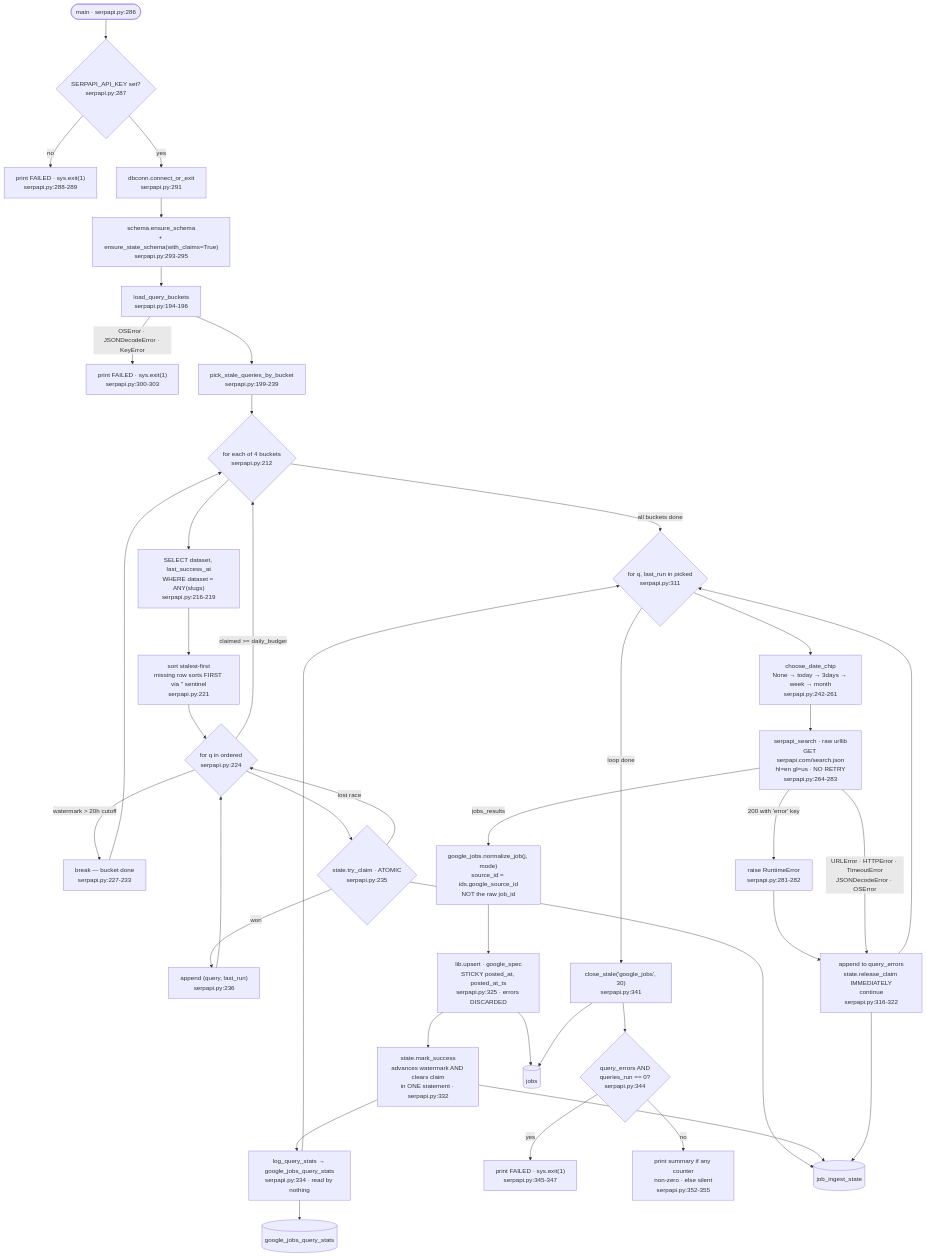
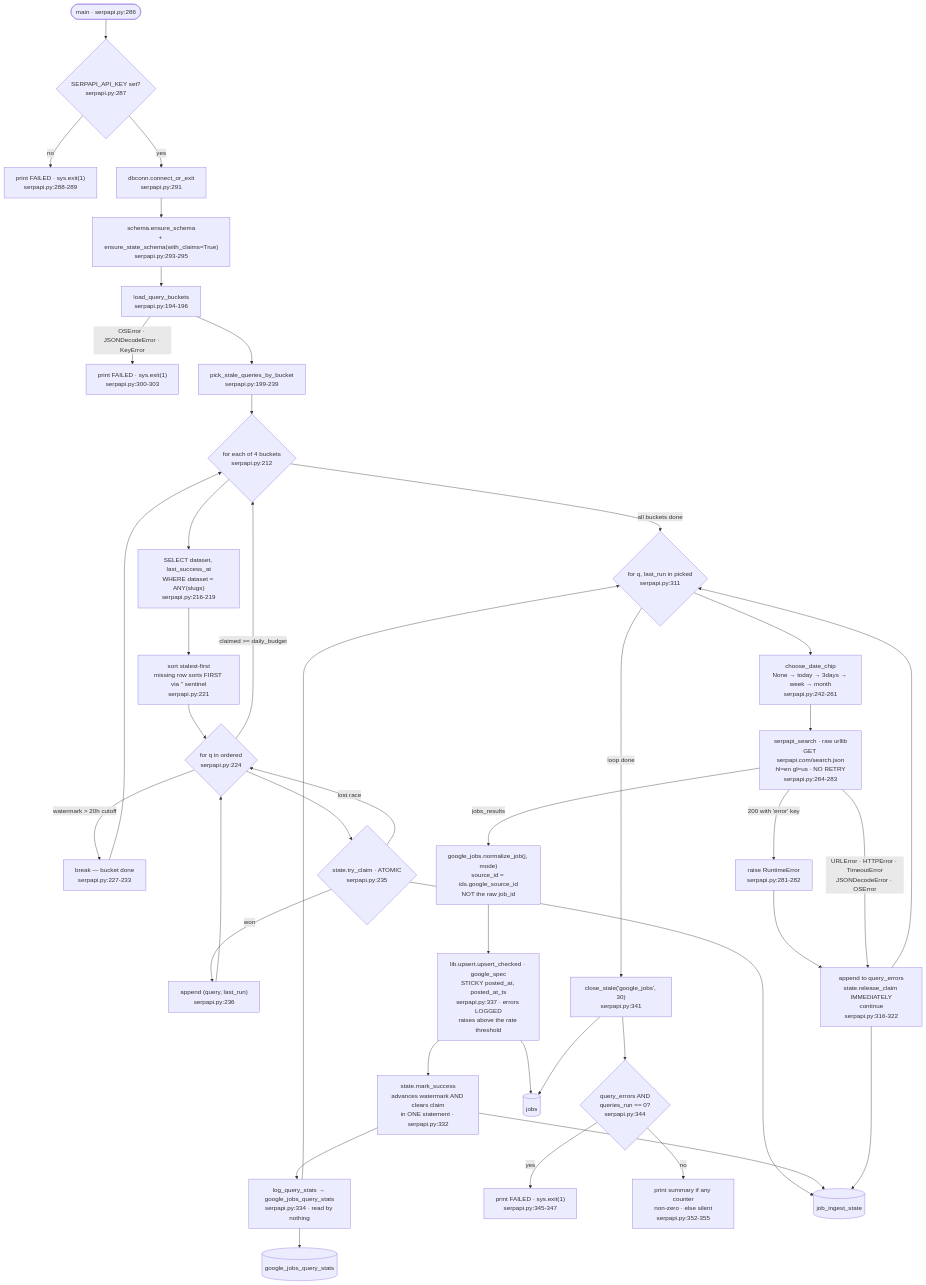
The diagram in docs/ingest/google-serpapi.md (liueric-dev/jobs), drawn with Mermaid before and after one commit. The commit also changed other lines of this file and 96 other files, not shown here.

````diff
--- a/docs/ingest/google-serpapi.md
+++ b/docs/ingest/google-serpapi.md
@@ -120,46 +121,46 @@
 ```mermaid
 flowchart TD
     START([main · serpapi.py:286]) --> KEY{"SERPAPI_API_KEY set?<br/>serpapi.py:287"}
     KEY -->|"no"| EXIT1["print FAILED · sys.exit(1)<br/>serpapi.py:288-289"]
     KEY -->|"yes"| CONN["dbconn.connect_or_exit<br/>serpapi.py:291"]
     CONN --> DDL["schema.ensure_schema<br/>+ ensure_state_schema(with_claims=True)<br/>serpapi.py:293-295"]
     DDL --> CFG["load_query_buckets<br/>serpapi.py:194-196"]
     CFG -->|"OSError · JSONDecodeError · KeyError"| EXIT2["print FAILED · sys.exit(1)<br/>serpapi.py:300-303"]
 
     CFG --> SCHED["pick_stale_queries_by_bucket<br/>serpapi.py:199-239"]
     SCHED --> BLOOP{"for each of 4 buckets<br/>serpapi.py:212"}
     BLOOP --> WM["SELECT dataset, last_success_at<br/>WHERE dataset = ANY(slugs)<br/>serpapi.py:216-219"]
     WM --> SORT["sort stalest-first<br/>missing row sorts FIRST via '' sentinel<br/>serpapi.py:221"]
     SORT --> QLOOP{"for q in ordered<br/>serpapi.py:224"}
     QLOOP -->|"claimed >= daily_budget"| BLOOP
     QLOOP -->|"watermark > 20h cutoff"| BREAK["break — bucket done<br/>serpapi.py:227-233"]
     QLOOP --> CLAIM{"state.try_claim · ATOMIC<br/>serpapi.py:235"}
     CLAIM -->|"lost race"| QLOOP
     CLAIM -->|"won"| PICK["append (query, last_run)<br/>serpapi.py:236"]
     PICK --> QLOOP
     BREAK --> BLOOP
 
     BLOOP -->|"all buckets done"| RLOOP{"for q, last_run in picked<br/>serpapi.py:311"}
     RLOOP --> CHIP["choose_date_chip<br/>None → today → 3days → week → month<br/>serpapi.py:242-261"]
     CHIP --> FETCH["serpapi_search · raw urllib<br/>GET serpapi.com/search.json<br/>hl=en gl=us · NO RETRY<br/>serpapi.py:264-283"]
     FETCH -->|"200 with 'error' key"| RTE["raise RuntimeError<br/>serpapi.py:281-282"]
     RTE --> QERR
     FETCH -->|"URLError · HTTPError · TimeoutError<br/>JSONDecodeError · OSError"| QERR["append to query_errors<br/>state.release_claim IMMEDIATELY<br/>continue<br/>serpapi.py:316-322"]
     QERR --> RLOOP
     FETCH -->|"jobs_results"| NORM["google_jobs.normalize_job(j, mode)<br/>source_id = ids.google_source_id<br/>NOT the raw job_id"]
 
-    NORM --> UPSERT["lib.upsert · google_spec<br/>STICKY posted_at, posted_at_ts<br/>serpapi.py:325 · errors DISCARDED"]
+    NORM --> UPSERT["lib.upsert.upsert_checked · google_spec<br/>STICKY posted_at, posted_at_ts<br/>serpapi.py:337 · errors LOGGED<br/>raises above the rate threshold"]
     UPSERT --> OK["state.mark_success<br/>advances watermark AND clears claim<br/>in ONE statement · serpapi.py:332"]
     OK --> STATS["log_query_stats → google_jobs_query_stats<br/>serpapi.py:334 · read by nothing"]
     STATS --> RLOOP
 
     RLOOP -->|"loop done"| CLOSE["close_stale('google_jobs', 30)<br/>serpapi.py:341"]
     CLOSE --> GATE{"query_errors AND<br/>queries_run == 0?<br/>serpapi.py:344"}
     GATE -->|"yes"| EXIT3["print FAILED · sys.exit(1)<br/>serpapi.py:345-347"]
     GATE -->|"no"| REPORT["print summary if any counter<br/>non-zero · else silent<br/>serpapi.py:352-355"]
 
     UPSERT --> DB[("jobs")]
     CLOSE --> DB
     CLAIM & OK & QERR --> ST[("job_ingest_state")]
     STATS --> GS[("google_jobs_query_stats")]
 ```
````
